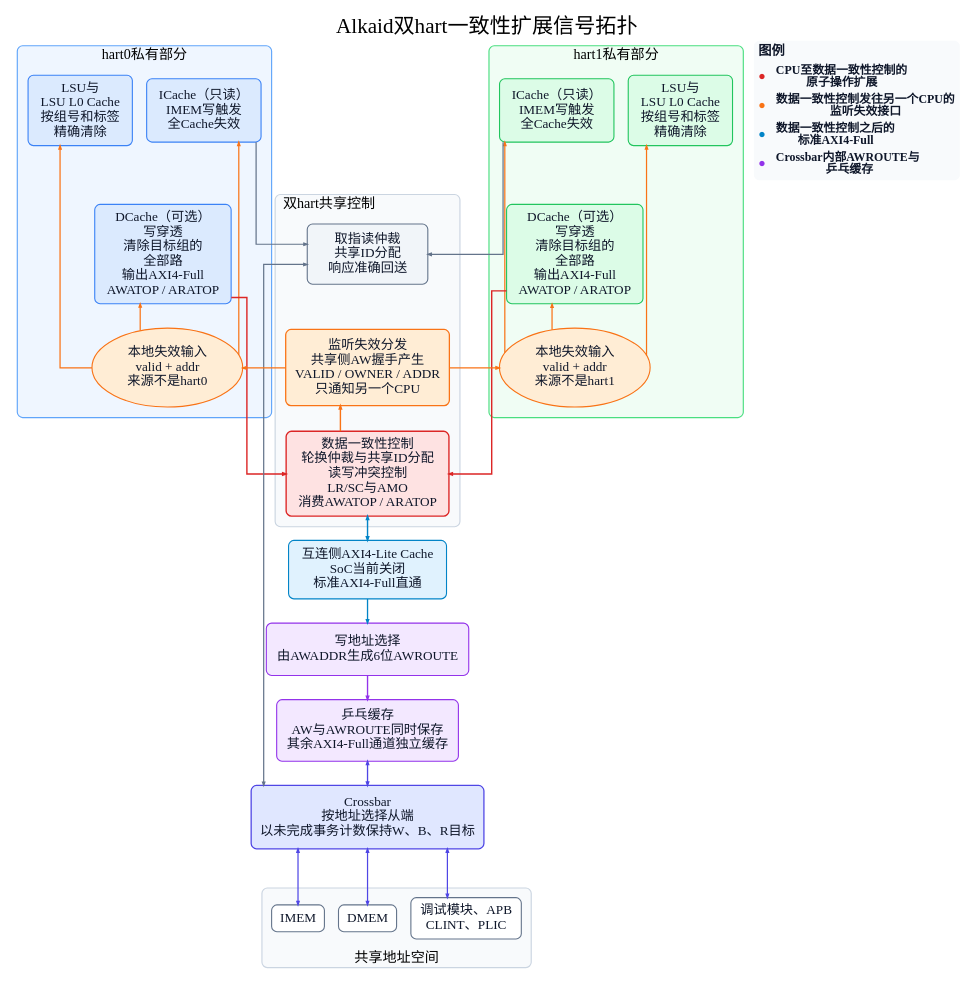
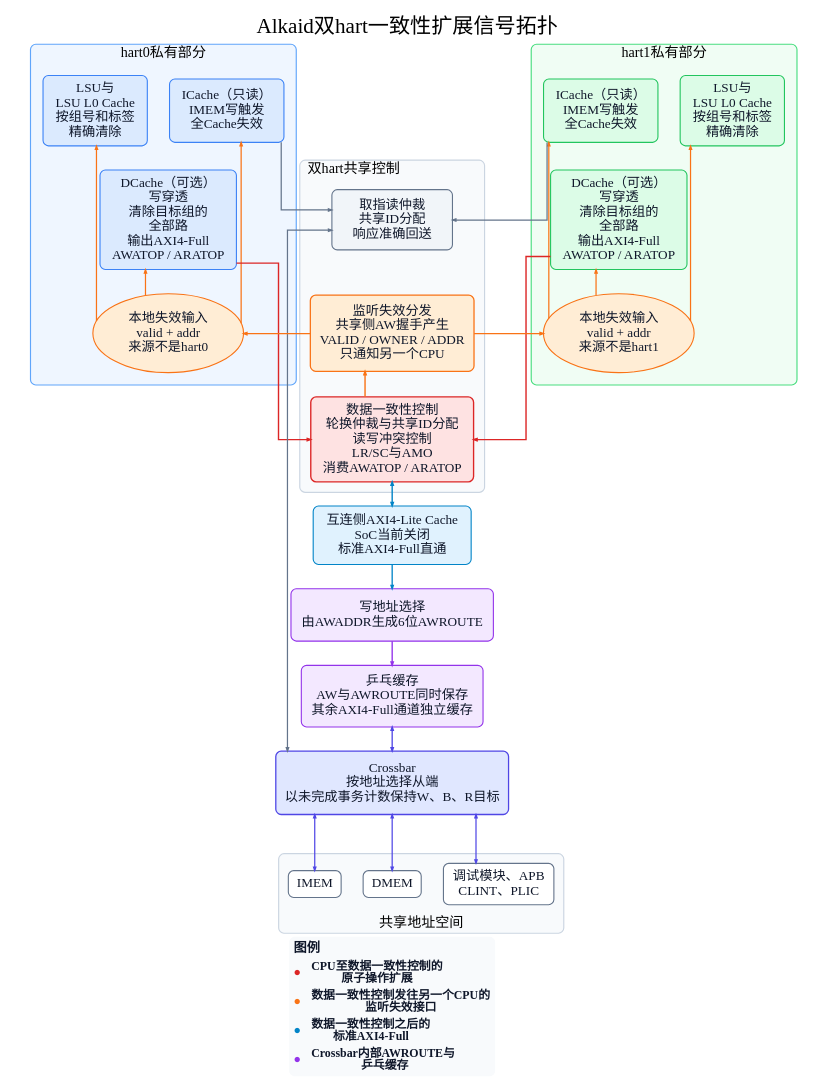
The diagram in RISC-V & CPU/_media/alkaid_multicore/alkaid_coherence_signal_topology.dot (Little-W/Obsidian), drawn with Graphviz before and after one commit. The commit also changed 2 other files, not shown here.

```diff
--- a/RISC-V & CPU/_media/alkaid_multicore/alkaid_coherence_signal_topology.dot
+++ b/RISC-V & CPU/_media/alkaid_multicore/alkaid_coherence_signal_topology.dot
@@ -6,7 +6,7 @@
         ordering=out,
         bgcolor="#FFFFFF",
         pad="0.34",
-        nodesep="0.44",
+        nodesep="0.70",
         ranksep="0.76",
         esep="+10",
         splines=ortho,
@@ -47,7 +47,7 @@
         penwidth=2.6;
         fontname="Noto Sans CJK SC Bold";
         fontsize=32;
-        margin=24;
+        margin=28;
 
         c0_snoop [
             label="本地失效输入\nvalid + addr\n来源不是hart0",
@@ -102,7 +102,7 @@
         penwidth=2.6;
         fontname="Noto Sans CJK SC Bold";
         fontsize=32;
-        margin=24;
+        margin=28;
 
         c1_snoop [
             label="本地失效输入\nvalid + addr\n来源不是hart1",
@@ -233,6 +233,31 @@
         penwidth=2.9
     ];
 
+    legend [
+        shape=plain,
+        group="hart0_outer",
+        fontname="Noto Sans CJK SC Bold",
+        label=<
+            <TABLE BORDER="0" CELLBORDER="0" CELLSPACING="8" CELLPADDING="2">
+                <TR><TD ALIGN="LEFT" COLSPAN="2"><FONT POINT-SIZE="30"><B>图例</B></FONT></TD></TR>
+                <TR><TD><FONT POINT-SIZE="28" COLOR="#DC2626">●</FONT></TD><TD ALIGN="LEFT"><FONT POINT-SIZE="27"><B>CPU至数据一致性控制的</B><BR/><B>原子操作扩展</B></FONT></TD></TR>
+                <TR><TD><FONT POINT-SIZE="28" COLOR="#F97316">●</FONT></TD><TD ALIGN="LEFT"><FONT POINT-SIZE="27"><B>数据一致性控制发往另一个CPU的</B><BR/><B>监听失效接口</B></FONT></TD></TR>
+                <TR><TD><FONT POINT-SIZE="28" COLOR="#0284C7">●</FONT></TD><TD ALIGN="LEFT"><FONT POINT-SIZE="27"><B>数据一致性控制之后的</B><BR/><B>标准AXI4-Full</B></FONT></TD></TR>
+                <TR><TD><FONT POINT-SIZE="28" COLOR="#9333EA">●</FONT></TD><TD ALIGN="LEFT"><FONT POINT-SIZE="27"><B>Crossbar内部AWROUTE与</B><BR/><B>乒乓缓存</B></FONT></TD></TR>
+            </TABLE>
+        >
+    ];
+
+    legend_spacer [
+        shape=box,
+        label="",
+        group="hart1_outer",
+        width=8.00,
+        height=1.00,
+        fixedsize=true,
+        style=invis
+    ];
+
     subgraph cluster_shared {
         label="共享地址空间";
         labelloc=b;
@@ -304,26 +329,15 @@
         minlen=2
     ];
 
-    legend [
-        shape=plain,
-        fontname="Noto Sans CJK SC Bold",
-        label=<
-            <TABLE BORDER="0" CELLBORDER="0" CELLSPACING="8" CELLPADDING="2">
-                <TR><TD ALIGN="LEFT" COLSPAN="2"><FONT POINT-SIZE="30"><B>图例</B></FONT></TD></TR>
-                <TR><TD><FONT POINT-SIZE="28" COLOR="#DC2626">●</FONT></TD><TD ALIGN="LEFT"><FONT POINT-SIZE="27"><B>CPU至数据一致性控制的</B><BR/><B>原子操作扩展</B></FONT></TD></TR>
-                <TR><TD><FONT POINT-SIZE="28" COLOR="#F97316">●</FONT></TD><TD ALIGN="LEFT"><FONT POINT-SIZE="27"><B>数据一致性控制发往另一个CPU的</B><BR/><B>监听失效接口</B></FONT></TD></TR>
-                <TR><TD><FONT POINT-SIZE="28" COLOR="#0284C7">●</FONT></TD><TD ALIGN="LEFT"><FONT POINT-SIZE="27"><B>数据一致性控制之后的</B><BR/><B>标准AXI4-Full</B></FONT></TD></TR>
-                <TR><TD><FONT POINT-SIZE="28" COLOR="#9333EA">●</FONT></TD><TD ALIGN="LEFT"><FONT POINT-SIZE="27"><B>Crossbar内部AWROUTE与</B><BR/><B>乒乓缓存</B></FONT></TD></TR>
-            </TABLE>
-        >
-    ];
-
-    { rank=same; c0_l0; c0_ic; c1_left_cache; c1_right_cache; legend; }
+    { rank=same; c0_l0; c0_ic; c1_left_cache; c1_right_cache; }
     c0_l0 -> c0_ic [style=invis, weight=10000];
     c0_ic -> c1_left_cache [style=invis, weight=10000];
     c1_left_cache -> c1_right_cache [style=invis, weight=10000];
-    c1_right_cache -> legend [style=invis, weight=10000];
 
     { rank=same; c0_snoop; c1_snoop; }
     c0_snoop -> c1_snoop [style=invis, weight=10000];
+
+    dmem -> legend [style=invis, weight=500];
+    { rank=same; legend; legend_spacer; }
+    legend_spacer -> legend [style=invis, weight=10000];
 }
```
